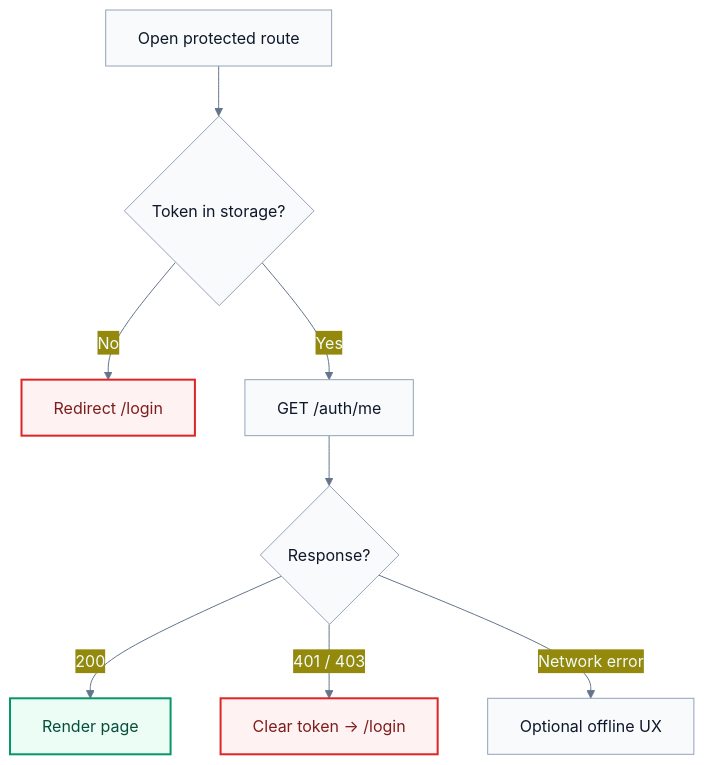
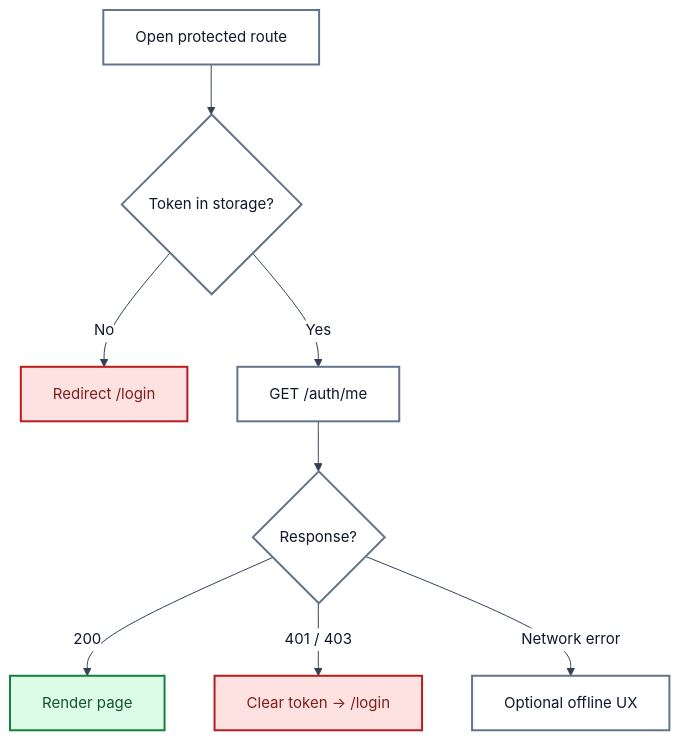
The third of 7 diagrams in docs/FLOWCHARTS.md (dhanyakini/PharmAI-Chain), drawn with Mermaid before and after one commit. The commit also changed other lines of this file and 1 other file, not shown here.

Commit message:
Update FLOWCHARTS.md and mermaid-config.json to standardize color palette and improve diagram styling for better visual consistency

````diff
--- a/docs/FLOWCHARTS.md
+++ b/docs/FLOWCHARTS.md
@@ -81,19 +83,19 @@
 ```mermaid
-%%{init: {'theme':'base','themeVariables':{'primaryColor':'#0d9488','primaryTextColor':'#f0fdfa','lineColor':'#64748b','clusterBkg':'#f1f5f9'},'flowchart':{'curve':'basis','padding':16}}}%%
+%%{init: {'theme':'base','themeVariables':{'fontFamily':'ui-sans-serif, system-ui, sans-serif','fontSize':'15px','primaryColor':'#ffffff','primaryTextColor':'#0f172a','primaryBorderColor':'#0d9488','secondaryColor':'#ffffff','secondaryTextColor':'#0f172a','secondaryBorderColor':'#64748b','tertiaryColor':'#f1f5f9','tertiaryTextColor':'#0f172a','lineColor':'#334155','textColor':'#0f172a','clusterBkg':'#e8eef4','clusterBorder':'#64748b','edgeLabelBackground':'#ffffff','titleColor':'#0f172a'},'flowchart':{'curve':'basis','padding':16,'useMaxWidth':true}}}%%
 flowchart TD
-  classDef ok fill:#ecfdf5,stroke:#059669,stroke-width:2px,color:#064e3b
-  classDef err fill:#fef2f2,stroke:#dc2626,stroke-width:2px,color:#7f1d1d
-  classDef neutral fill:#f8fafc,stroke:#94a3b8,color:#0f172a
+  classDef ok fill:#dcfce7,stroke:#15803d,stroke-width:2px,color:#14532d
+  classDef err fill:#fee2e2,stroke:#b91c1c,stroke-width:2px,color:#7f1d1d
+  classDef neutral fill:#ffffff,stroke:#64748b,stroke-width:2px,color:#0f172a
 
   A[Open protected route] --> B{Token in storage?}
   B -->|No| C[Redirect /login]
   B -->|Yes| D[GET /auth/me]
   D --> E{Response?}
   E -->|200| F[Render page]
   E -->|401 / 403| G[Clear token → /login]
   E -->|Network error| H[Optional offline UX]
 
   class F ok
   class C,G err
   class A,B,D,E,H neutral
 ```
````
